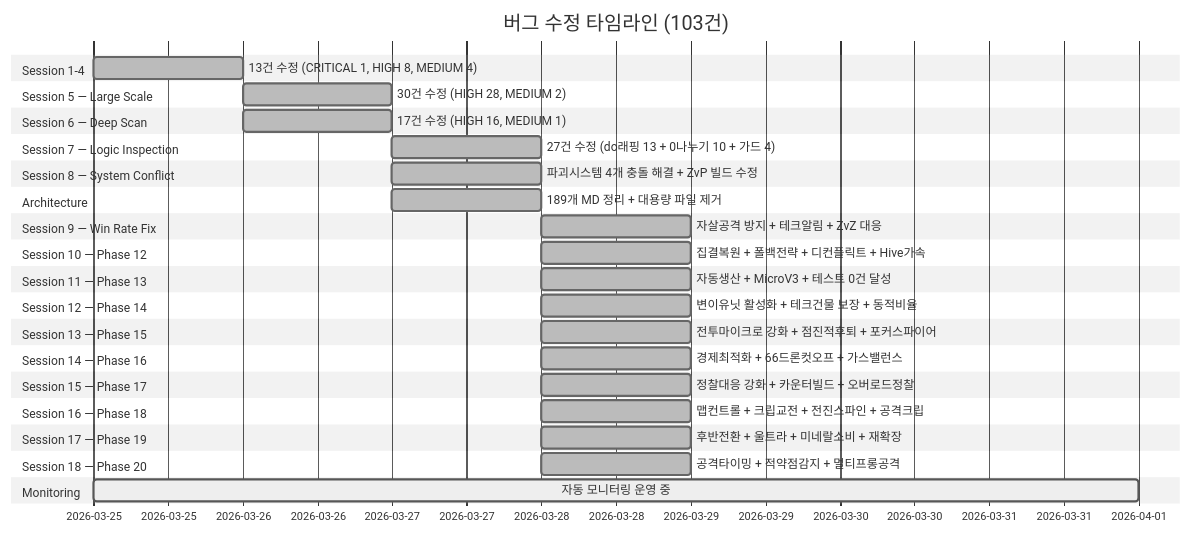
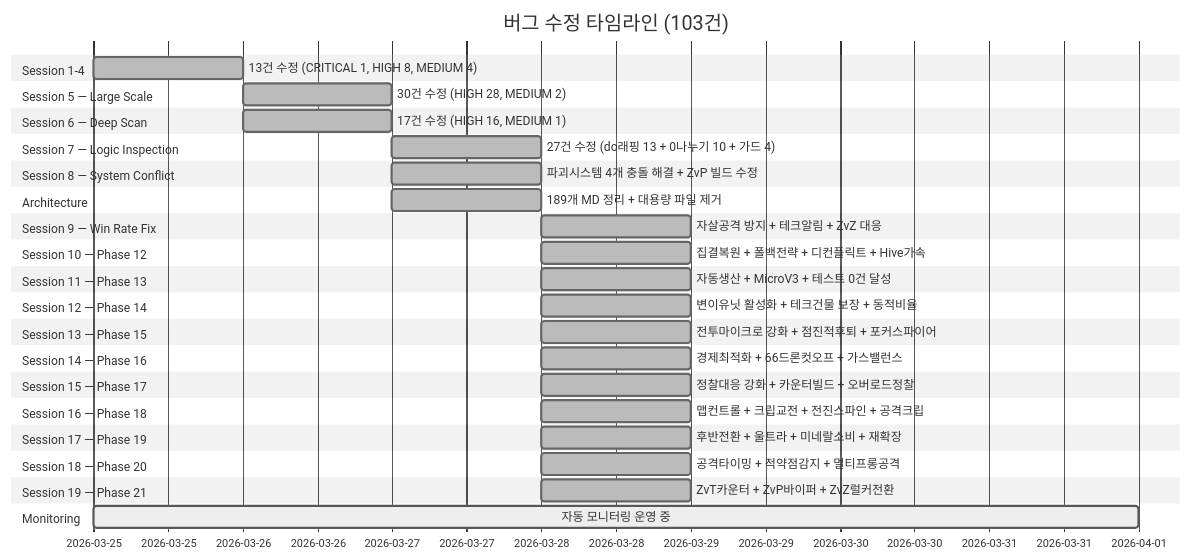
Diagram 23 of 31 in README.md (sun475300-sudo/Swarm-control-in-sc2bot), drawn with Mermaid (neutral theme) before and after one commit. The commit also changed other lines of this file and 1 other file, not shown here.

First line of the commit message:
feat: Phase 21 종족별 특화 대응 — ZvT카운터 + ZvP바이퍼 + ZvZ럴커

````diff
--- a/README.md
+++ b/README.md
@@ -633,39 +633,41 @@
 ```mermaid
 gantt
     title 버그 수정 타임라인 (103건)
     dateFormat YYYY-MM-DD
     section Session 1-4
         13건 수정 (CRITICAL 1, HIGH 8, MEDIUM 4)   :done, s1, 2026-03-25, 1d
     section Session 5 — Large Scale
         30건 수정 (HIGH 28, MEDIUM 2)              :done, s5, 2026-03-26, 1d
     section Session 6 — Deep Scan
         17건 수정 (HIGH 16, MEDIUM 1)              :done, s6, 2026-03-26, 1d
     section Session 7 — Logic Inspection
         27건 수정 (do래핑 13 + 0나누기 10 + 가드 4) :done, s7, 2026-03-27, 1d
     section Session 8 — System Conflict
         파괴시스템 4개 충돌 해결 + ZvP 빌드 수정    :done, s8, 2026-03-27, 1d
     section Architecture
         189개 MD 정리 + 대용량 파일 제거            :done, s9, 2026-03-27, 1d
     section Session 9 — Win Rate Fix
         자살공격 방지 + 테크알림 + ZvZ 대응         :done, s10, 2026-03-28, 1d
     section Session 10 — Phase 12
         집결복원 + 폴백전략 + 디컨플릭트 + Hive가속 :done, s11, 2026-03-28, 1d
     section Session 11 — Phase 13
         자동생산 + MicroV3 + 테스트 0건 달성       :done, s12, 2026-03-28, 1d
     section Session 12 — Phase 14
         변이유닛 활성화 + 테크건물 보장 + 동적비율  :done, s13, 2026-03-28, 1d
     section Session 13 — Phase 15
         전투마이크로 강화 + 점진적후퇴 + 포커스파이어 :done, s14, 2026-03-28, 1d
     section Session 14 — Phase 16
         경제최적화 + 66드론컷오프 + 가스밸런스     :done, s15, 2026-03-28, 1d
     section Session 15 — Phase 17
         정찰대응 강화 + 카운터빌드 + 오버로드정찰   :done, s16, 2026-03-28, 1d
     section Session 16 — Phase 18
         맵컨트롤 + 크립교전 + 전진스파인 + 공격크립 :done, s17, 2026-03-28, 1d
     section Session 17 — Phase 19
         후반전환 + 울트라 + 미네랄소비 + 재확장    :done, s18, 2026-03-28, 1d
     section Session 18 — Phase 20
         공격타이밍 + 적약점감지 + 멀티프롱공격     :done, s19, 2026-03-28, 1d
+    section Session 19 — Phase 21
+        ZvT카운터 + ZvP바이퍼 + ZvZ럴커전환      :done, s20, 2026-03-28, 1d
     section Monitoring
         자동 모니터링 운영 중                        :active, mon, 2026-03-25, 7d
 ```
````
